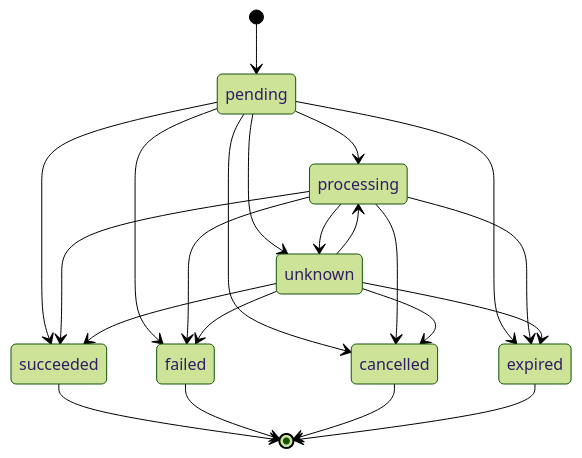
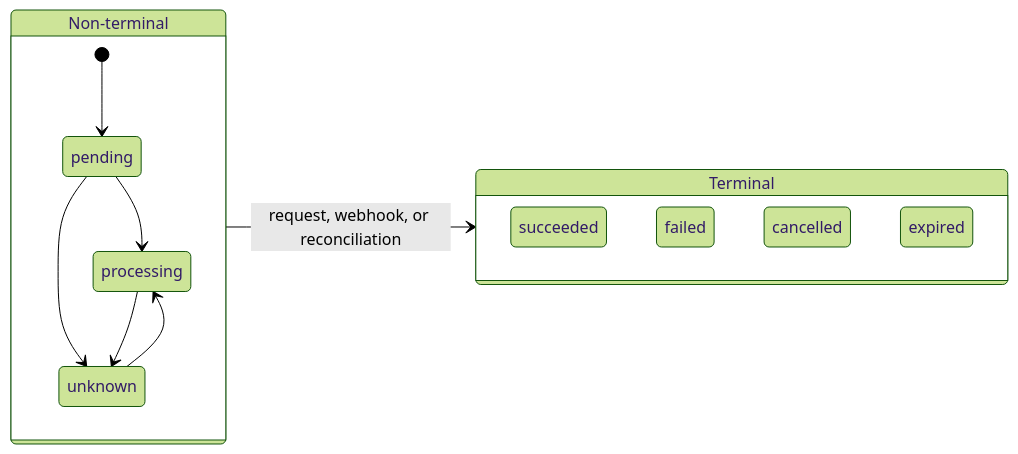
The second of 2 diagrams in guide/payment-lifecycle.md (momobasehq/momobasehq.github.io), drawn with Mermaid (forest theme) before and after one commit. The commit also changed other lines of this file and 4 other files, not shown here.

Commit message:
docs: redraw diagrams as grouped flowcharts and architecture views

````diff
--- a/guide/payment-lifecycle.md
+++ b/guide/payment-lifecycle.md
@@ -70,24 +72,18 @@
 ```mermaid
 stateDiagram-v2
-    [*] --> pending
-    pending --> processing
-    pending --> unknown
-    pending --> succeeded
-    pending --> failed
-    pending --> cancelled
-    pending --> expired
-    processing --> unknown
-    processing --> succeeded
-    processing --> failed
-    processing --> cancelled
-    processing --> expired
-    unknown --> processing
-    unknown --> succeeded
-    unknown --> failed
-    unknown --> cancelled
-    unknown --> expired
-    succeeded --> [*]
-    failed --> [*]
-    cancelled --> [*]
-    expired --> [*]
+    direction LR
+    state "Non-terminal" as open {
+        [*] --> pending
+        pending --> processing
+        pending --> unknown
+        processing --> unknown
+        unknown --> processing
+    }
+    state "Terminal" as done {
+        succeeded
+        failed
+        cancelled
+        expired
+    }
+    open --> done : request, webhook, or reconciliation
 ```
````
